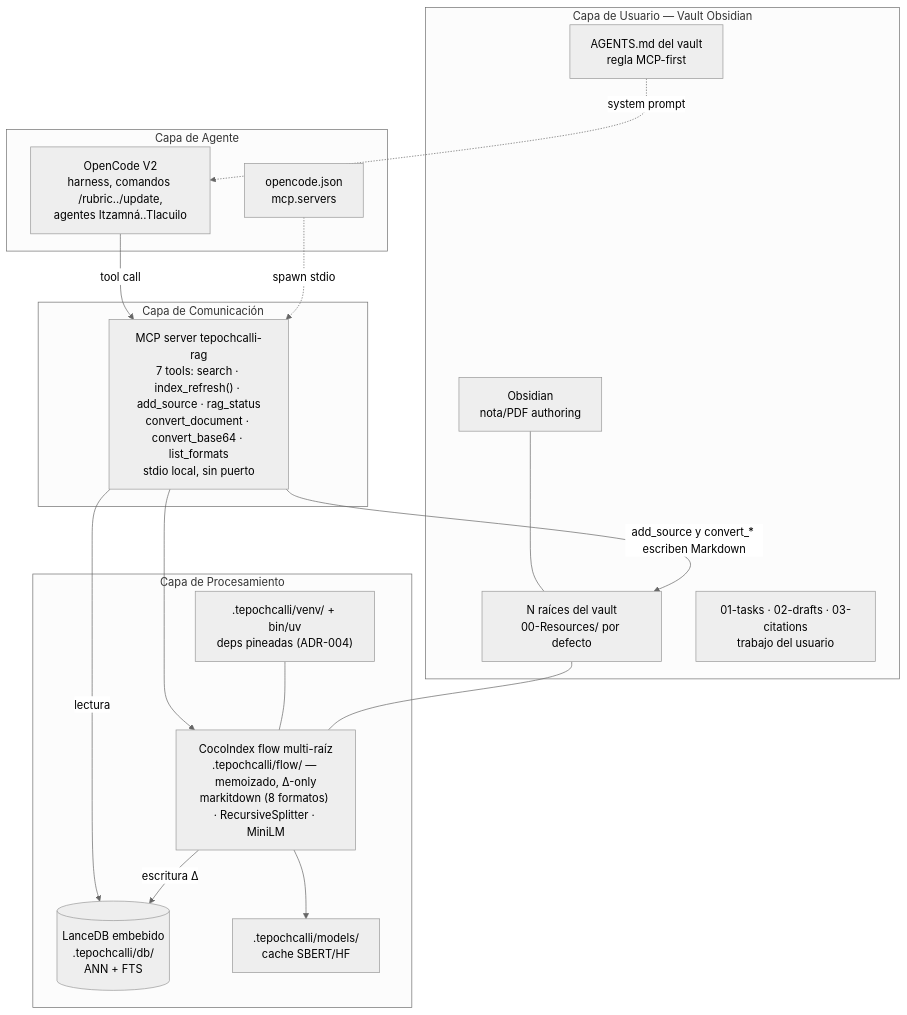
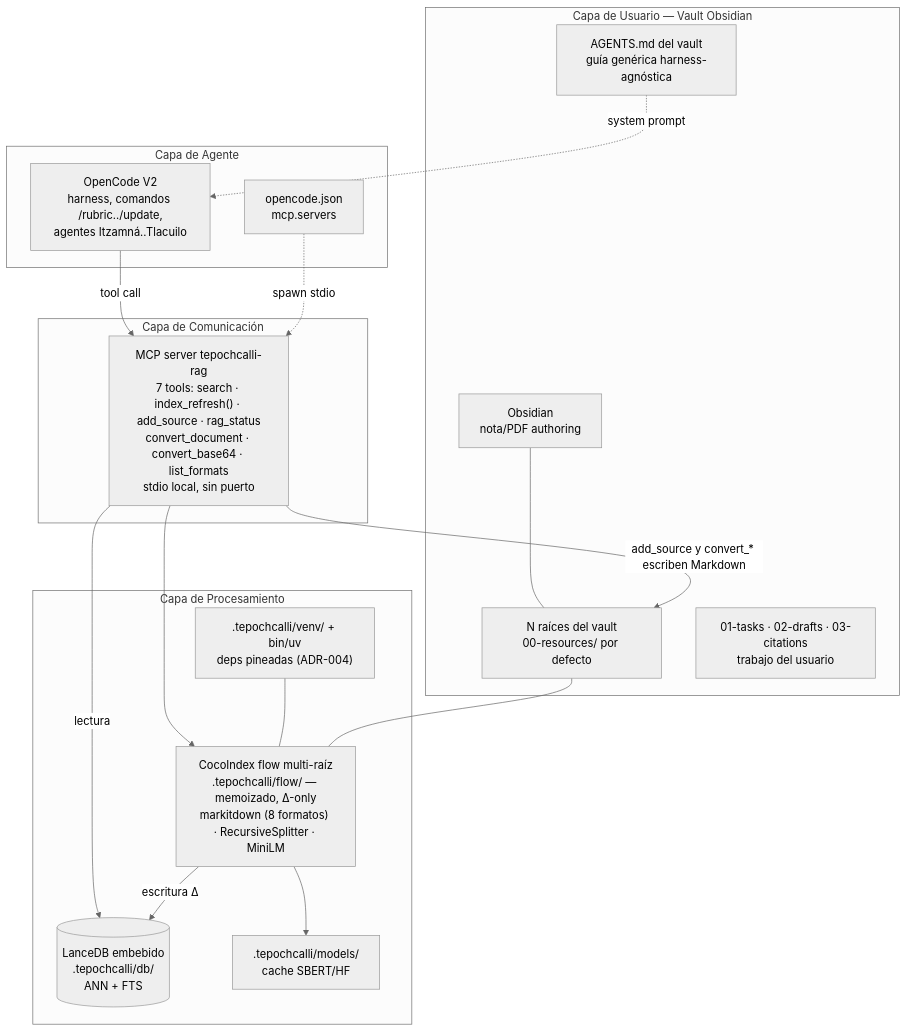
One commit to Fisherk2/tepochcalli-opencode changed the first of 5 diagrams in docs/ARCHITECTURE.md. Above: the diagram before and after it, drawn with Mermaid (neutral theme). The commit also changed other lines of this file and 7 other files, not shown here.

````diff
--- a/docs/ARCHITECTURE.md
+++ b/docs/ARCHITECTURE.md
@@ -17,37 +17,37 @@
 ```mermaid
 graph TB
     subgraph USUARIO["Capa de Usuario — Vault Obsidian"]
         OB["Obsidian<br/>nota/PDF authoring"]
-        RES["N raíces del vault<br/>00-Resources/ por defecto"]
+        RES["N raíces del vault<br/>00-resources/ por defecto"]
         WORK["01-tasks · 02-drafts · 03-citations<br/>trabajo del usuario"]
-        VAG["AGENTS.md del vault<br/>regla MCP-first"]
+        VAG["AGENTS.md del vault<br/>guía genérica harness-agnóstica"]
     end
 
     subgraph AGENTE["Capa de Agente"]
         OC["OpenCode V2<br/>harness, comandos /rubric../update,<br/>agentes Itzamná..Tlacuilo"]
         CFG["opencode.json<br/>mcp.servers"]
     end
 
     subgraph MCP["Capa de Comunicación"]
         RAG["MCP server tepochcalli-rag<br/>7 tools: search · index_refresh() · add_source · rag_status<br/>convert_document · convert_base64 · list_formats<br/>stdio local, sin puerto"]
     end
 
     subgraph ENGINE["Capa de Procesamiento"]
         FLOW["CocoIndex flow multi-raíz<br/>.tepochcalli/flow/ — memoizado, Δ-only<br/>markitdown (8 formatos) · RecursiveSplitter · MiniLM"]
         DB[("LanceDB embebido<br/>.tepochcalli/db/<br/>ANN + FTS")]
         MODELS[".tepochcalli/models/<br/>cache SBERT/HF"]
         VENV[".tepochcalli/venv/ + bin/uv<br/>deps pineadas (ADR-004)"]
     end
 
     OB --- RES
     OC -->|tool call| RAG
     RAG --> FLOW
     RAG -->|lectura| DB
     FLOW -->|escritura Δ| DB
     FLOW --> MODELS
     RAG -->|add_source y convert_* escriben Markdown| RES
     VAG -.->|system prompt| OC
     CFG -.->|spawn stdio| RAG
     VENV --- FLOW
     RES --- FLOW
 ```
````
